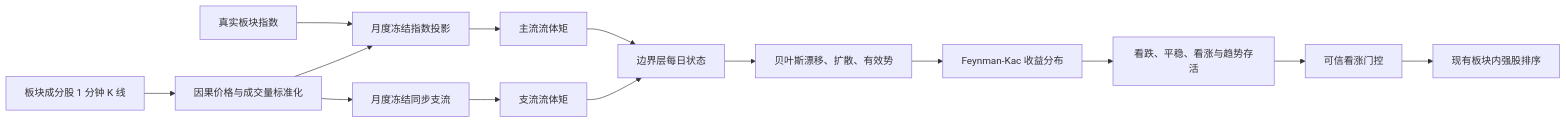
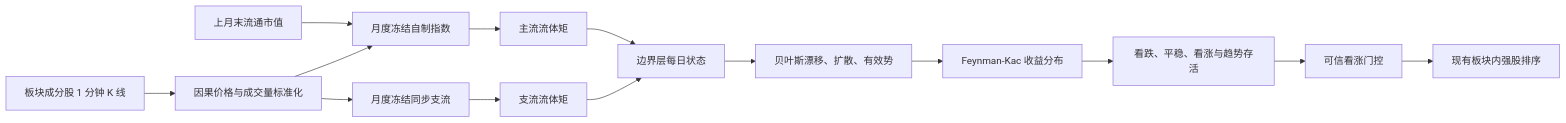
Before and after one commit to Jianfengwu2024/DeepStock: the diagram in docs/superpowers/specs/2026-08-24-boundary-flow-fk-design.md, drawn with Mermaid. The commit also changed other lines of this file and 1 other file, not shown here.

````diff
--- a/docs/superpowers/specs/2026-08-24-boundary-flow-fk-design.md
+++ b/docs/superpowers/specs/2026-08-24-boundary-flow-fk-design.md
@@ -43,16 +43,16 @@
 ```mermaid
 flowchart LR
     A["板块成分股 1 分钟 K 线"] --> B["因果价格与成交量标准化"]
-    I["真实板块指数"] --> C["月度冻结指数投影"]
+    I["上月末流通市值"] --> C["月度冻结自制指数"]
     B --> C
     C --> D["主流流体矩"]
     B --> E["月度冻结同步支流"]
     E --> F["支流流体矩"]
     D --> G["边界层每日状态"]
     F --> G
     G --> H["贝叶斯漂移、扩散、有效势"]
     H --> J["Feynman-Kac 收益分布"]
     J --> K["看跌、平稳、看涨与趋势存活"]
     K --> L["可信看涨门控"]
     L --> M["现有板块内强股排序"]
 ```
````
